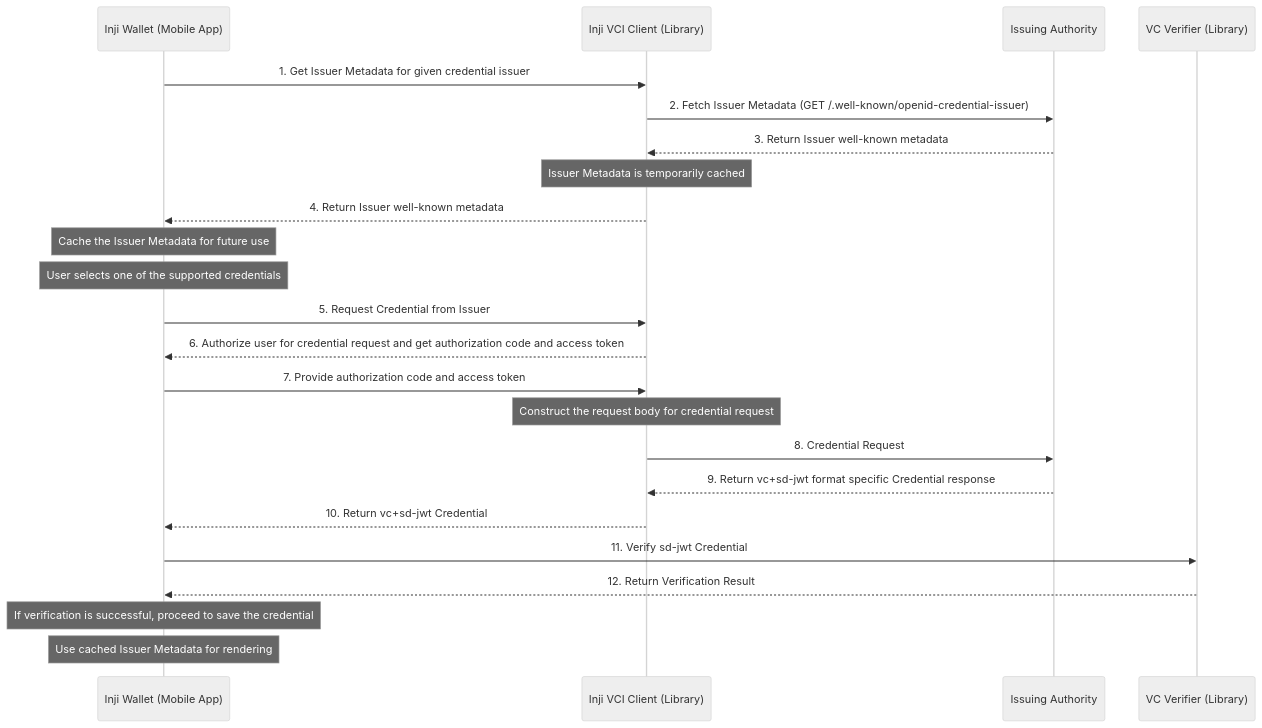
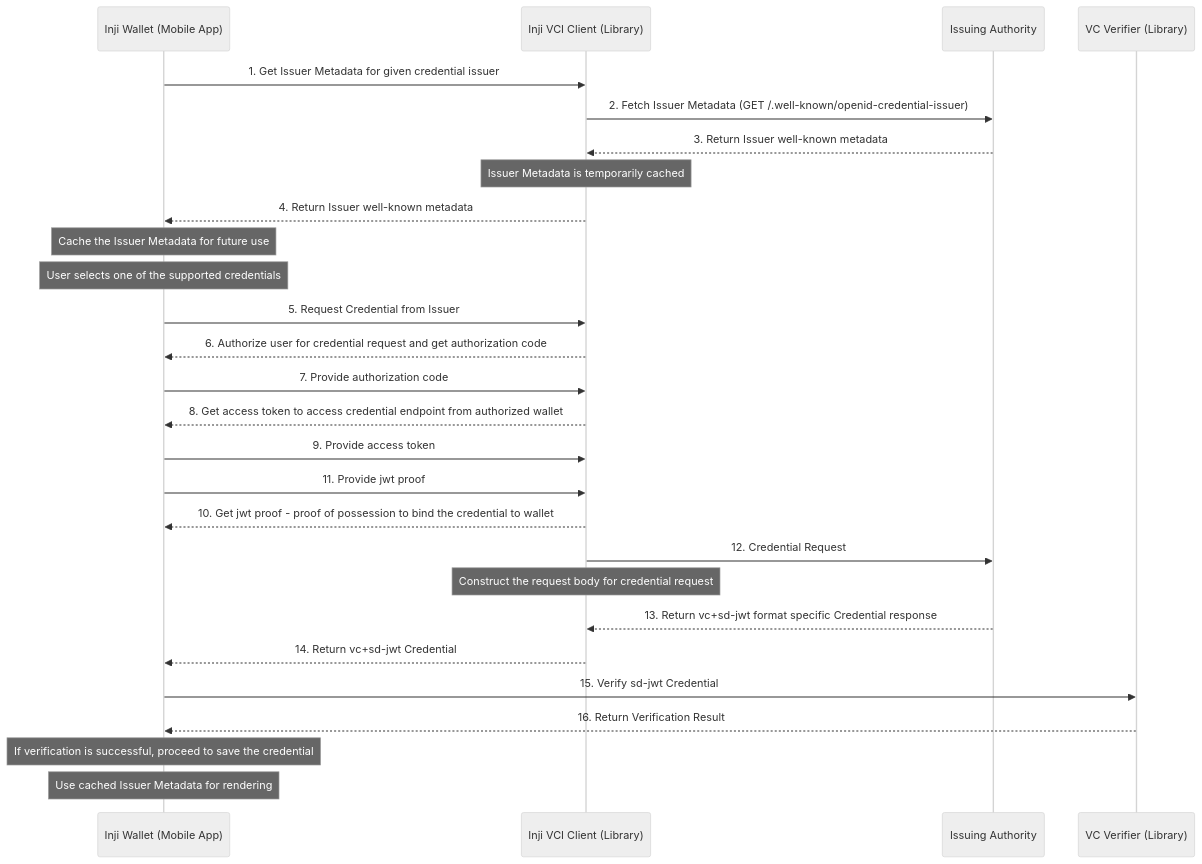
Before and after one commit to inji/inji-wallet: the diagram in docs/ietf-sd-jwt-vc-support.md, drawn with Mermaid (neutral theme). The commit also changed other lines of this file, not shown here.

Commit message:
[INJIMOB-3269] - Update sequence diagram for ietf sd-jwt vc

````diff
--- a/docs/ietf-sd-jwt-vc-support.md
+++ b/docs/ietf-sd-jwt-vc-support.md
@@ -19,28 +19,32 @@
 ```mermaid
 sequenceDiagram
   participant W as Inji Wallet (Mobile App)
   participant VCI_Lib as Inji VCI Client (Library)
   participant Issuer as Issuing Authority
   participant VCVerifier as VC Verifier (Library)
 
   W ->> VCI_Lib: 1. Get Issuer Metadata for given credential issuer
   VCI_Lib ->> Issuer: 2. Fetch Issuer Metadata (GET /.well-known/openid-credential-issuer)
   Issuer -->> VCI_Lib: 3. Return Issuer well-known metadata
   Note over VCI_Lib: Issuer Metadata is temporarily cached
   VCI_Lib -->> W: 4. Return Issuer well-known metadata
   Note over W: Cache the Issuer Metadata for future use
   Note over W: User selects one of the supported credentials
   W ->> VCI_Lib: 5. Request Credential from Issuer
-  VCI_Lib -->> W: 6. Authorize user for credential request and get authorization code and access token
-  W ->> VCI_Lib: 7. Provide authorization code and access token
+  VCI_Lib -->> W: 6. Authorize user for credential request and get authorization code
+  W ->> VCI_Lib: 7. Provide authorization code
+  VCI_Lib -->> W: 8. Get access token to access credential endpoint from authorized wallet
+  W ->> VCI_Lib: 9. Provide access token
+  W ->> VCI_Lib: 11. Provide jwt proof
+  VCI_Lib -->> W: 10. Get jwt proof - proof of possession to bind the credential to wallet
+  VCI_Lib ->> Issuer: 12. Credential Request
   Note over VCI_Lib: Construct the request body for credential request
-  VCI_Lib ->> Issuer: 8. Credential Request
-  Issuer -->> VCI_Lib: 9. Return vc+sd-jwt format specific Credential response
-  VCI_Lib -->> W: 10. Return vc+sd-jwt Credential
-  W ->> VCVerifier: 11. Verify sd-jwt Credential
-  VCVerifier -->> W: 12. Return Verification Result
+  Issuer -->> VCI_Lib: 13. Return vc+sd-jwt format specific Credential response
+  VCI_Lib -->> W: 14. Return vc+sd-jwt Credential
+  W ->> VCVerifier: 15. Verify sd-jwt Credential
+  VCVerifier -->> W: 16. Return Verification Result
   Note over W: If verification is successful, proceed to save the credential
   Note over W: Use cached Issuer Metadata for rendering
   
 
 ```
````
